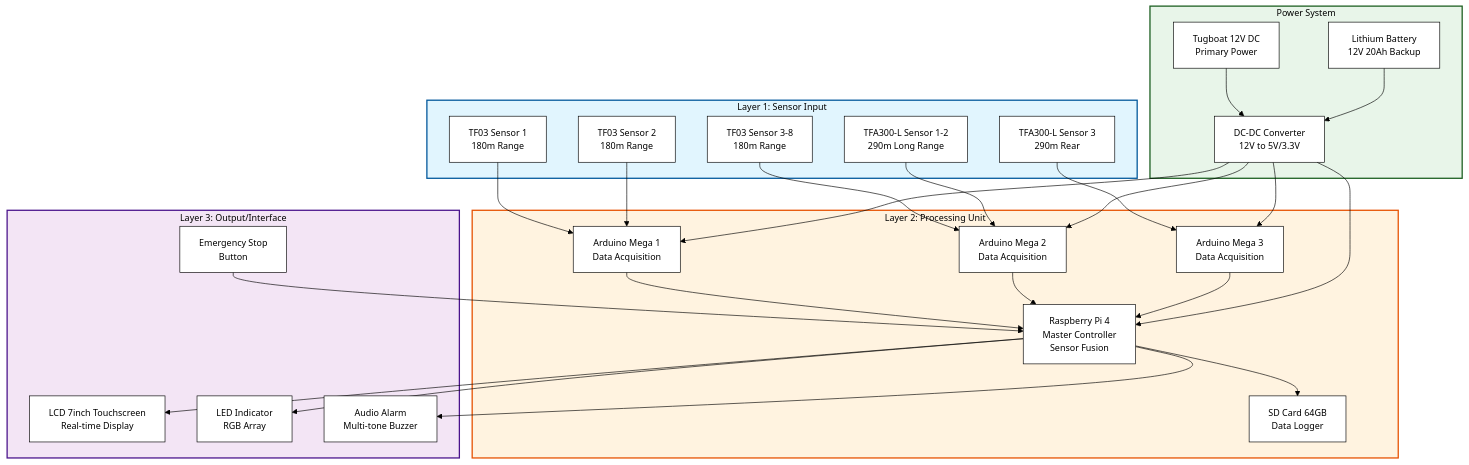
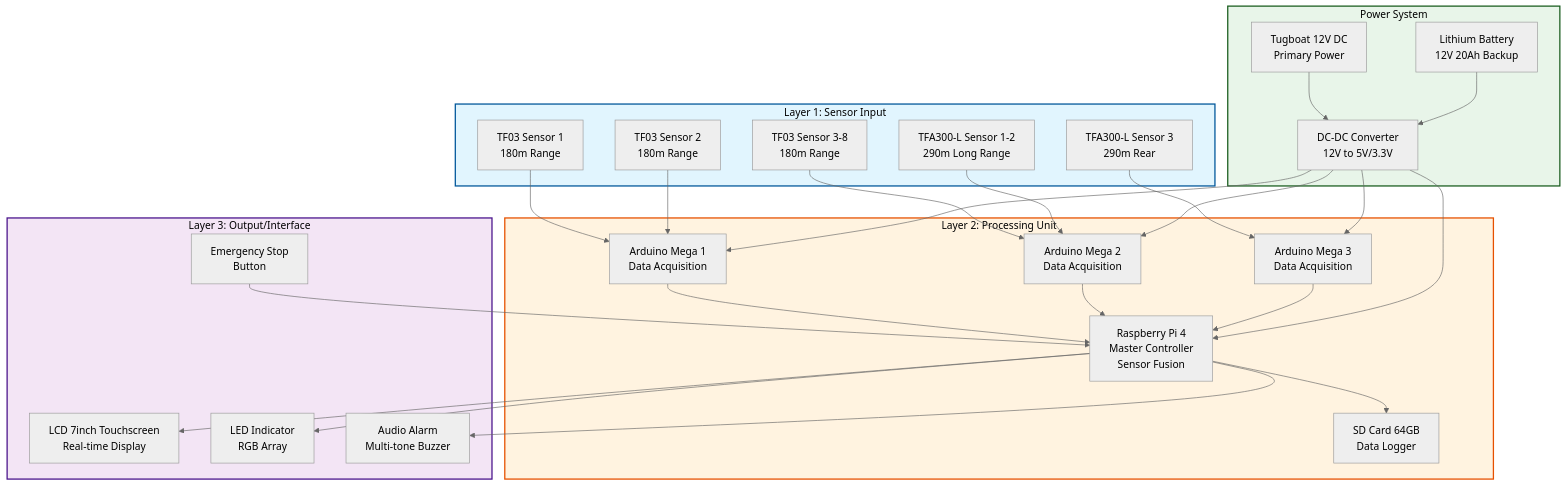
The first of 5 diagrams in 01_PROPOSAL_UTAMA_BESTARI_SAINTEK.md (antonprafanto/buros2025), drawn with Mermaid before and after one commit. The commit also changed other lines of this file, not shown here.

First line of the commit message:
Switch to neutral theme for GitHub Mermaid compatibility

````diff
--- a/01_PROPOSAL_UTAMA_BESTARI_SAINTEK.md
+++ b/01_PROPOSAL_UTAMA_BESTARI_SAINTEK.md
@@ -136,78 +136,78 @@
 ```mermaid
-%%{init: {'theme':'base', 'themeVariables': { 'primaryColor':'#e1f5fe','primaryTextColor':'#000','primaryBorderColor':'#01579b','lineColor':'#000','secondaryColor':'#fff3e0','tertiaryColor':'#f3e5f5','background':'#ffffff','mainBkg':'#ffffff','secondBkg':'#ffffff','clusterBkg':'#e1f5fe','clusterBorder':'#01579b','edgeLabelBackground':'#ffffff','fontFamily':'arial','fontSize':'14px','textColor':'#000','nodeBorder':'#000','nodeTextColor':'#000','arrowheadColor':'#000'}}}%%
+%%{init: {'theme':'neutral', 'themeVariables': { 'darkMode':'false'}}}%%
 graph TB
     subgraph Layer1["Layer 1: Sensor Input"]
         TF03_1["TF03 Sensor 1
         180m Range"]
         TF03_2["TF03 Sensor 2
         180m Range"]
         TF03_3["TF03 Sensor 3-8
         180m Range"]
         TFA_1["TFA300-L Sensor 1-2
         290m Long Range"]
         TFA_2["TFA300-L Sensor 3
         290m Rear"]
     end
 
     subgraph Layer2["Layer 2: Processing Unit"]
         ARD1["Arduino Mega 1
         Data Acquisition"]
         ARD2["Arduino Mega 2
         Data Acquisition"]
         ARD3["Arduino Mega 3
         Data Acquisition"]
         RPI["Raspberry Pi 4
         Master Controller
         Sensor Fusion"]
         SD["SD Card 64GB
         Data Logger"]
     end
 
     subgraph Layer3["Layer 3: Output/Interface"]
         LCD["LCD 7inch Touchscreen
         Real-time Display"]
         LED["LED Indicator
         RGB Array"]
         ALARM["Audio Alarm
         Multi-tone Buzzer"]
         ESTOP["Emergency Stop
         Button"]
     end
 
     subgraph Power["Power System"]
         BOAT["Tugboat 12V DC
         Primary Power"]
         BATT["Lithium Battery
         12V 20Ah Backup"]
         CONV["DC-DC Converter
         12V to 5V/3.3V"]
     end
 
     TF03_1 --> ARD1
     TF03_2 --> ARD1
     TF03_3 --> ARD2
     TFA_1 --> ARD2
     TFA_2 --> ARD3
 
     ARD1 --> RPI
     ARD2 --> RPI
     ARD3 --> RPI
 
     RPI --> SD
     RPI --> LCD
     RPI --> LED
     RPI --> ALARM
     ESTOP --> RPI
 
     BOAT --> CONV
     BATT --> CONV
     CONV --> ARD1
     CONV --> ARD2
     CONV --> ARD3
     CONV --> RPI
 
     style Layer1 fill:#e1f5fe,stroke:#01579b,stroke-width:2px,color:#000
     style Layer2 fill:#fff3e0,stroke:#e65100,stroke-width:2px,color:#000
     style Layer3 fill:#f3e5f5,stroke:#4a148c,stroke-width:2px,color:#000
     style Power fill:#e8f5e9,stroke:#1b5e20,stroke-width:2px,color:#000
 ```
````
